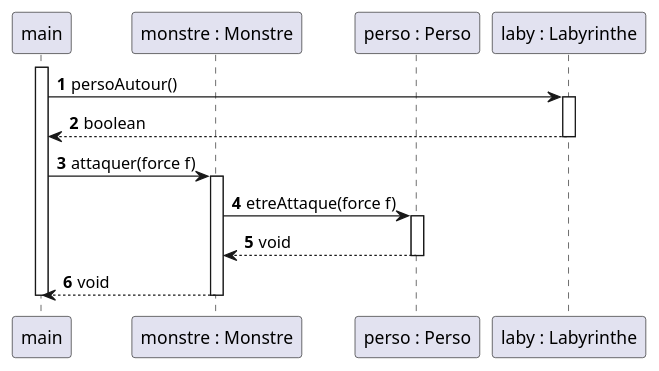
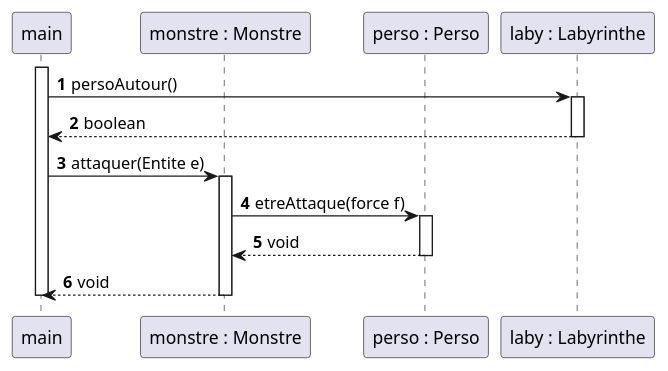
Before and after one commit to celie-ponroy/2023_S2.01_Zeldiablo_ponroy_roth_prykhodko_bortolotti: the diagram in zeldiablo/documents/version_3/diagseq_attaqueMonstre.puml, drawn with PlantUML. The commit also changed 2 other files, not shown here.

```diff
--- a/zeldiablo/documents/version_3/diagseq_attaqueMonstre.puml
+++ b/zeldiablo/documents/version_3/diagseq_attaqueMonstre.puml
@@ -1,31 +1,31 @@
 @startuml
 
 autonumber
 
 participant "main" as m
 participant "monstre : Monstre" as mon
 participant "perso : Perso" as p
 participant "laby : Labyrinthe" as l
 
 activate m
 
 m -> l : persoAutour()
 activate l
 m <-- l : boolean
 deactivate l
 
-m -> mon : attaquer(force f)
+m -> mon : attaquer(Entite e)
 
 activate mon
 
 mon -> p : etreAttaque(force f)
 activate p
 mon <-- p : void
 deactivate p
 
 m <-- mon : void
 
 deactivate mon
 deactivate m
 
 @enduml
```
